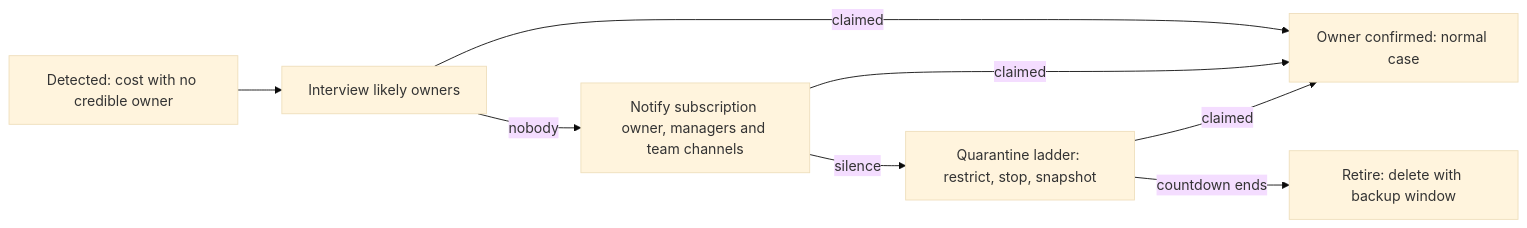
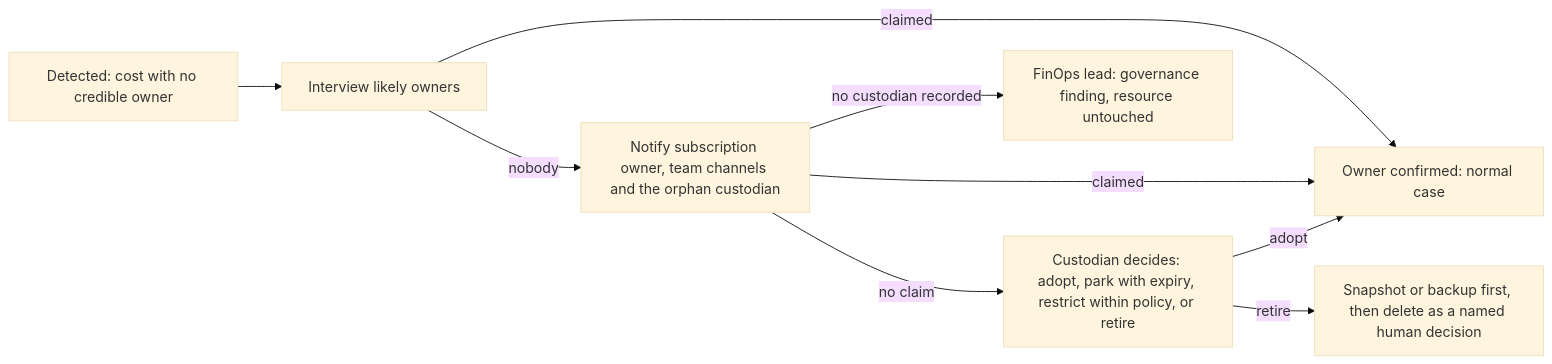
Before and after one commit to tinodo/meternaut: the second of 2 diagrams in docs/ideation/07-ownership-and-organization.md, drawn with Mermaid (base theme). The commit also changed other lines of this file and 42 other files, not shown here.

````diff
--- a/docs/ideation/07-ownership-and-organization.md
+++ b/docs/ideation/07-ownership-and-organization.md
@@ -107,10 +129,11 @@
 ```mermaid
 flowchart LR
     A[Detected: cost with no credible owner] --> B[Interview likely owners]
     B -->|claimed| C[Owner confirmed: normal case]
-    B -->|nobody| D[Notify subscription owner, managers and team channels]
+    B -->|nobody| D[Notify subscription owner, team channels and the orphan custodian]
     D -->|claimed| C
-    D -->|silence| E[Quarantine ladder: restrict, stop, snapshot]
-    E -->|claimed| C
-    E -->|countdown ends| F[Retire: delete with backup window]
+    D -->|no claim| E[Custodian decides: adopt, park with expiry, restrict within policy, or retire]
+    E -->|adopt| C
+    E -->|retire| F[Snapshot or backup first, then delete as a named human decision]
+    D -->|no custodian recorded| G[FinOps lead: governance finding, resource untouched]
 ```
````
